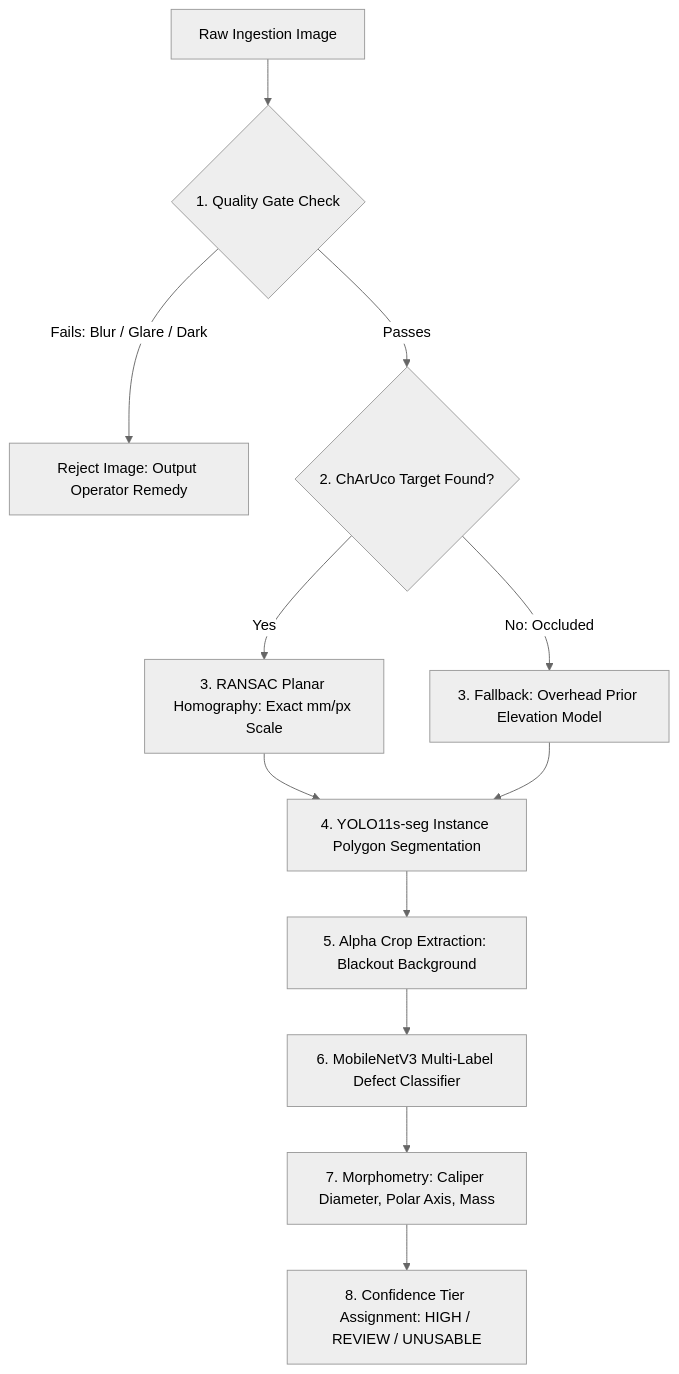
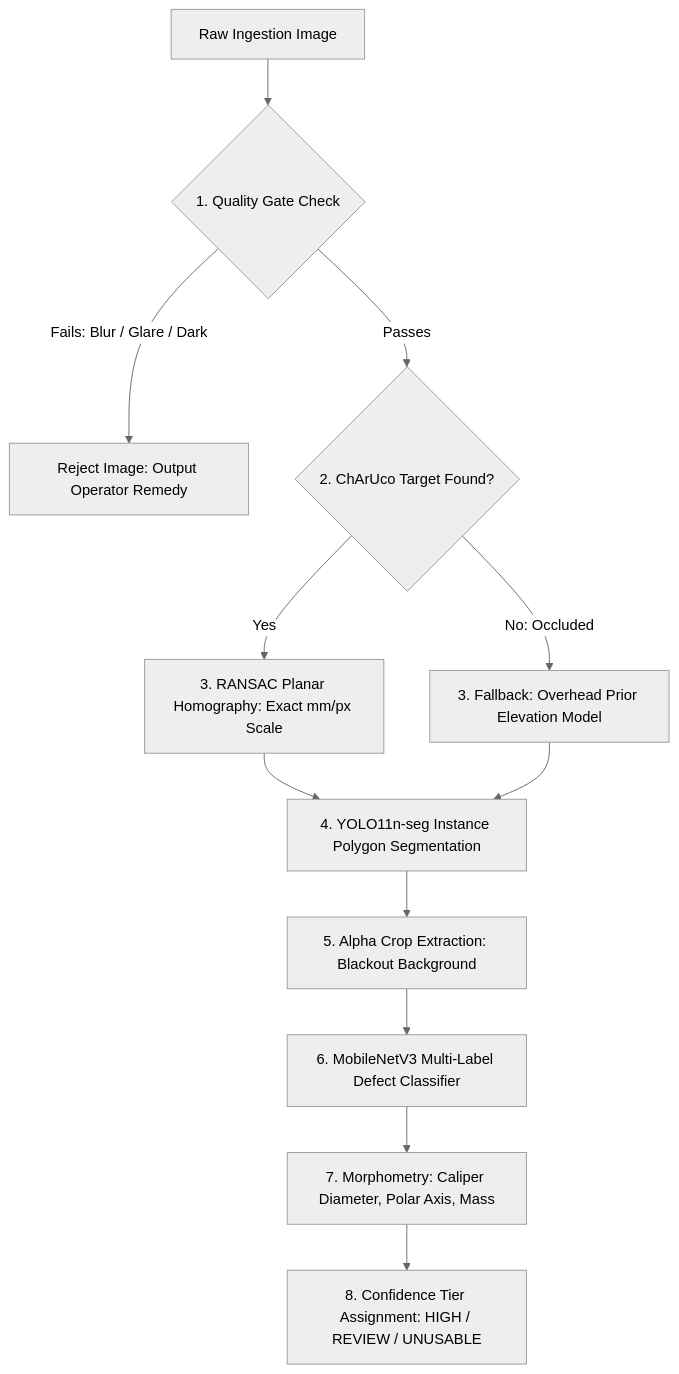
Before and after one commit to notUbaid/Cepa: the second of 3 diagrams in README.md, drawn with Mermaid (neutral theme). The commit also changed other lines of this file and 10 other files, not shown here.

````diff
--- a/README.md
+++ b/README.md
@@ -346,14 +346,14 @@
 ```mermaid
 flowchart TD
   RAW["Raw Ingestion Image"] --> QG{"1. Quality Gate Check"}
   QG -->|"Fails: Blur / Glare / Dark"| REJ["Reject Image: Output Operator Remedy"]
   QG -->|"Passes"| MK{"2. ChArUco Target Found?"}
   MK -->|"Yes"| HM["3. RANSAC Planar Homography: Exact mm/px Scale"]
   MK -->|"No: Occluded"| FB["3. Fallback: Overhead Prior Elevation Model"]
-  HM --> YOLO["4. YOLO11s-seg Instance Polygon Segmentation"]
+  HM --> YOLO["4. YOLO11n-seg Instance Polygon Segmentation"]
   FB --> YOLO
   YOLO --> CR["5. Alpha Crop Extraction: Blackout Background"]
   CR --> MOB["6. MobileNetV3 Multi-Label Defect Classifier"]
   MOB --> MORPH["7. Morphometry: Caliper Diameter, Polar Axis, Mass"]
   MORPH --> CONF["8. Confidence Tier Assignment: HIGH / REVIEW / UNUSABLE"]
 ```
````
